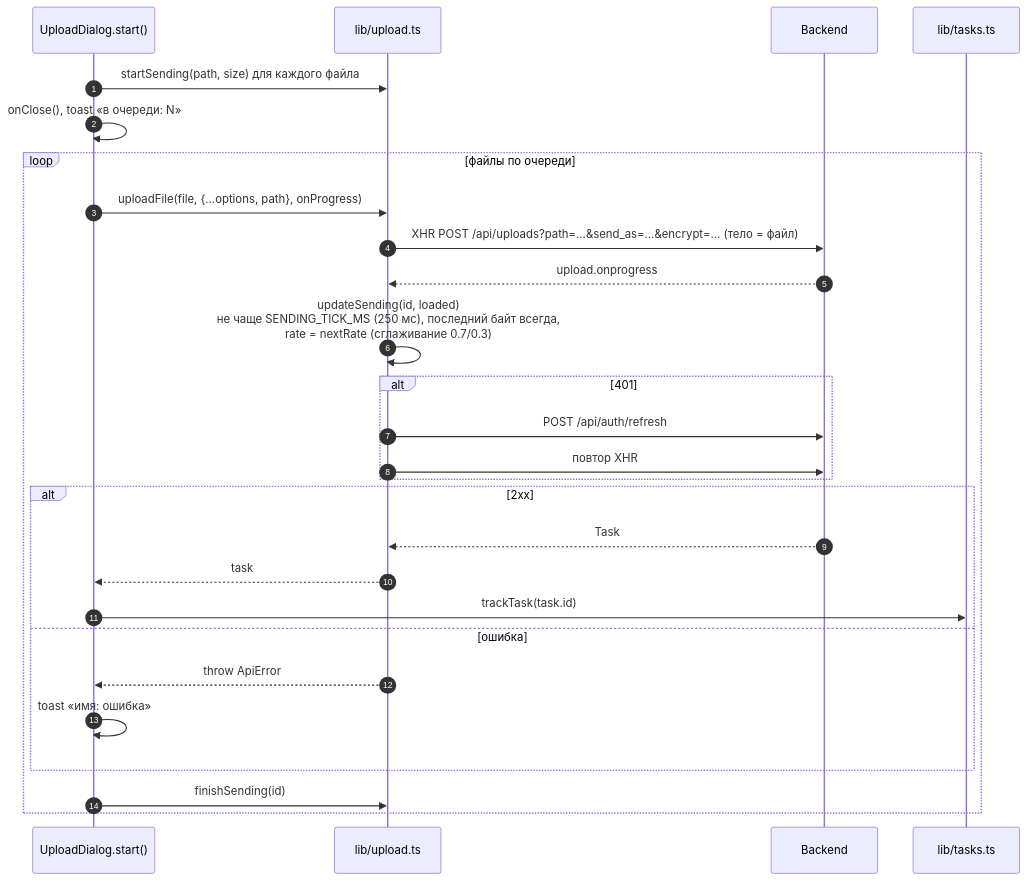
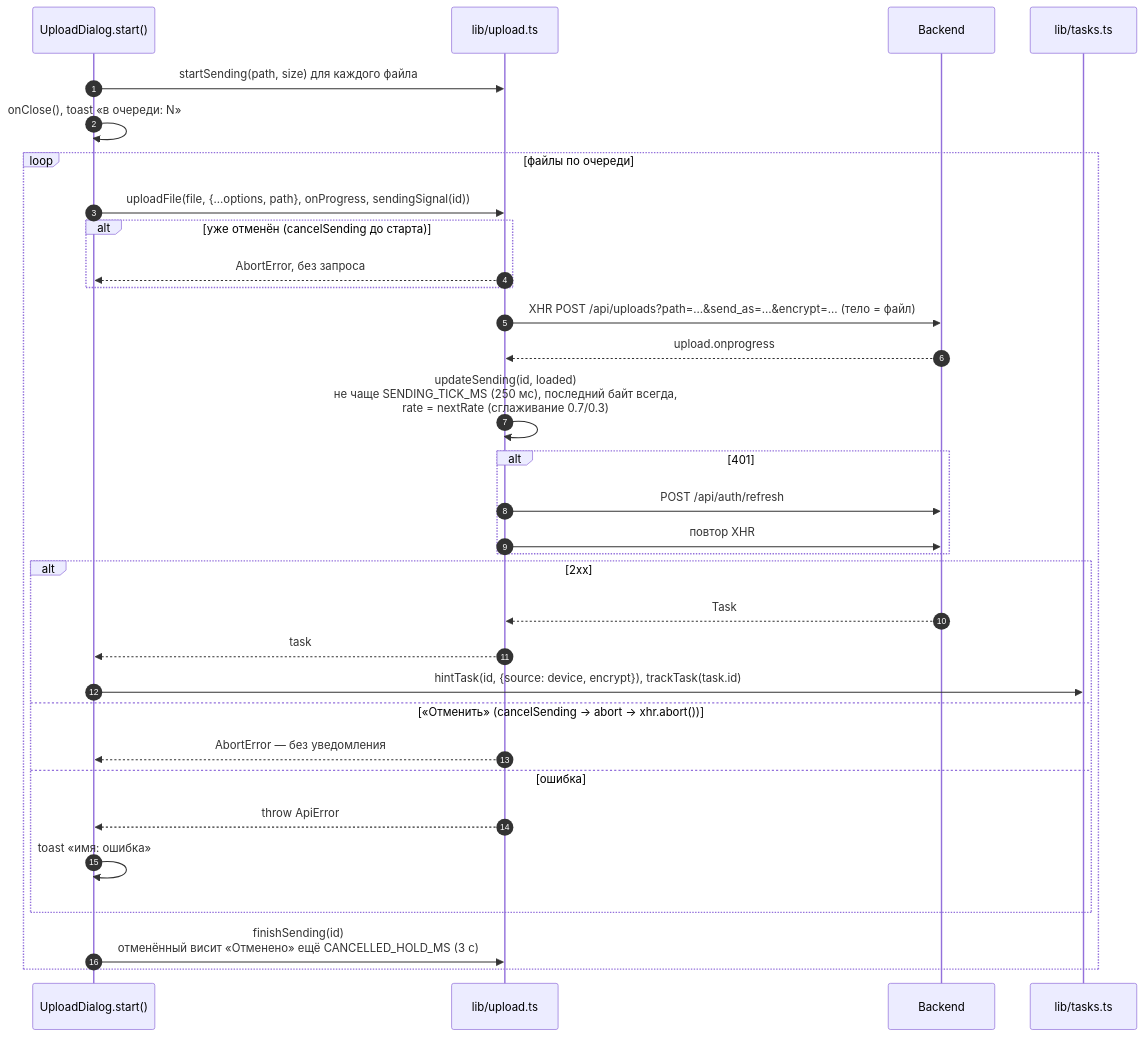
Before and after one commit to NikitkaZXC/tcloud-frontend: the second of 6 diagrams in docs/uploads-and-tasks.md, drawn with Mermaid. The commit also changed other lines of this file and 17 other files, not shown here.

Commit message:
feat: upload widget shows task steps with step progress and a step trail, cancel per file and cancel all; step labels on Tasks

````diff
--- a/docs/uploads-and-tasks.md
+++ b/docs/uploads-and-tasks.md
@@ -46,29 +46,34 @@
 ```mermaid
 sequenceDiagram
     autonumber
     participant D as UploadDialog.start()
     participant U as lib/upload.ts
     participant B as Backend
     participant T as lib/tasks.ts
     D->>U: startSending(path, size) для каждого файла
     D->>D: onClose(), toast «в очереди: N»
     loop файлы по очереди
-        D->>U: uploadFile(file, {...options, path}, onProgress)
+        D->>U: uploadFile(file, {...options, path}, onProgress, sendingSignal(id))
+        alt уже отменён (cancelSending до старта)
+            U-->>D: AbortError, без запроса
+        end
         U->>B: XHR POST /api/uploads?path=…&send_as=…&encrypt=… (тело = файл)
         B-->>U: upload.onprogress
         U->>U: updateSending(id, loaded)<br/>не чаще SENDING_TICK_MS (250 мс), последний байт всегда,<br/>rate = nextRate (сглаживание 0.7/0.3)
         alt 401
             U->>B: POST /api/auth/refresh
             U->>B: повтор XHR
         end
         alt 2xx
             B-->>U: Task
             U-->>D: task
-            D->>T: trackTask(task.id)
+            D->>T: hintTask(id, {source: device, encrypt}), trackTask(task.id)
+        else «Отменить» (cancelSending → abort → xhr.abort())
+            U-->>D: AbortError — без уведомления
         else ошибка
             U-->>D: throw ApiError
             D->>D: toast «имя: ошибка»
         end
-        D->>U: finishSending(id)
+        D->>U: finishSending(id)<br/>отменённый висит «Отменено» ещё CANCELLED_HOLD_MS (3 с)
     end
 ```
````
